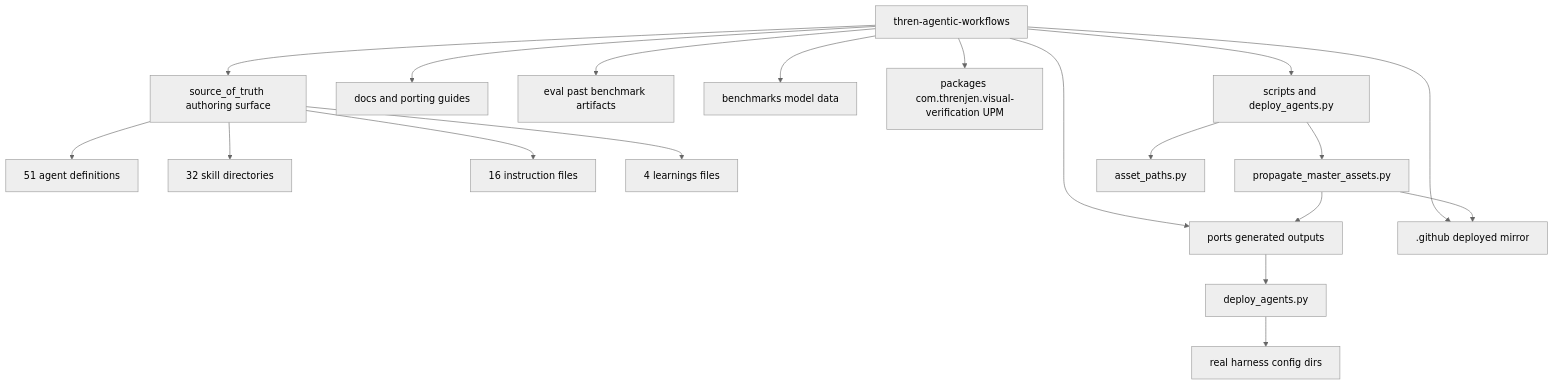
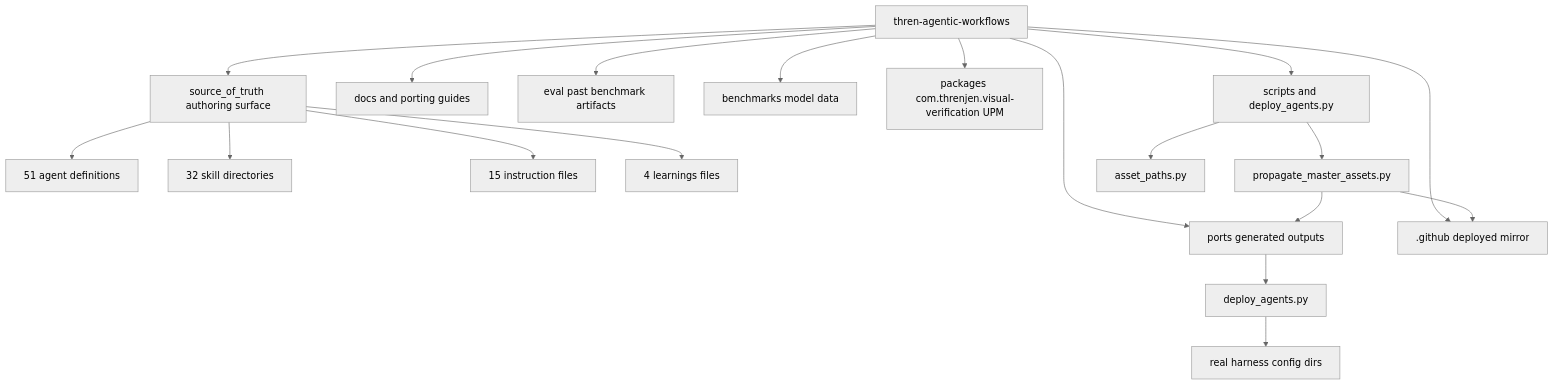
One commit to threnjen/thren-agentic-workflows changed the first of 4 diagrams in docs/ARCHITECTURE.md. Above: the diagram before and after it, drawn with Mermaid (neutral theme). The commit also changed other lines of this file and 173 other files, not shown here.

````diff
--- a/docs/ARCHITECTURE.md
+++ b/docs/ARCHITECTURE.md
@@ -23,25 +23,25 @@
 ```mermaid
 flowchart TD
     Root[thren-agentic-workflows]
 
     Root --> SOT[source_of_truth authoring surface]
     Root --> Ports[ports generated outputs]
     Root --> DotGithub[.github deployed mirror]
     Root --> Docs[docs and porting guides]
     Root --> Eval[eval past benchmark artifacts]
     Root --> Bench[benchmarks model data]
     Root --> Pkg[packages com.threnjen.visual-verification UPM]
     Root --> Scripts[scripts and deploy_agents.py]
 
     SOT --> Agents[51 agent definitions]
     SOT --> Skills[32 skill directories]
-    SOT --> Instructions[16 instruction files]
+    SOT --> Instructions[15 instruction files]
     SOT --> Learnings[4 learnings files]
 
     Scripts --> Propagate[propagate_master_assets.py]
     Scripts --> Shared[asset_paths.py]
     Propagate --> Ports
     Propagate --> DotGithub
     Deploy[deploy_agents.py] --> RealDirs[real harness config dirs]
     Ports --> Deploy
 ```
````
